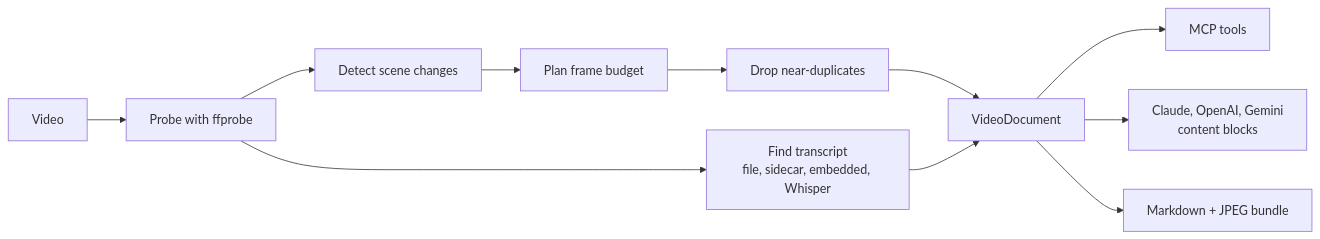
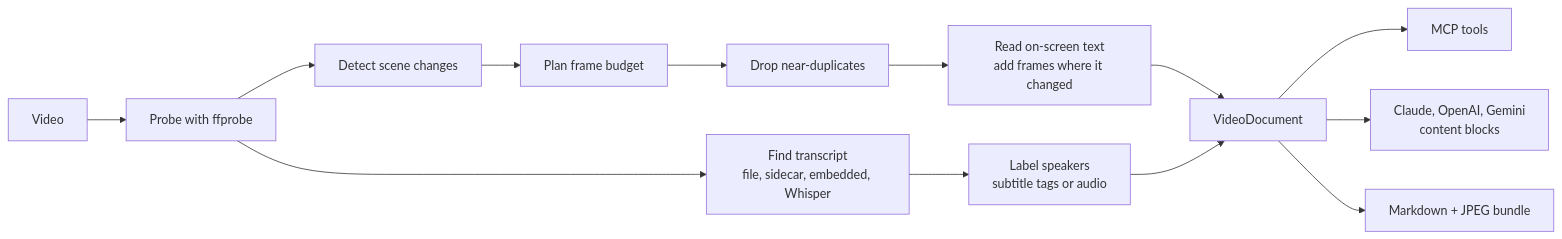
The diagram in README.md (riceelijah/vid-layer), drawn with Mermaid before and after one commit. The commit also changed other lines of this file and 14 other files, not shown here.

````diff
--- a/README.md
+++ b/README.md
@@ -81,13 +91,15 @@
 ```mermaid
 flowchart LR
     V[Video] --> P[Probe with ffprobe]
     P --> S[Detect scene changes]
     S --> B[Plan frame budget]
     B --> D[Drop near-duplicates]
+    D --> O["Read on-screen text<br/>add frames where it changed"]
     P --> T["Find transcript<br/>file, sidecar, embedded, Whisper"]
-    D --> DOC[VideoDocument]
-    T --> DOC
+    T --> W["Label speakers<br/>subtitle tags or audio"]
+    O --> DOC[VideoDocument]
+    W --> DOC
     DOC --> M[MCP tools]
     DOC --> A["Claude, OpenAI, Gemini<br/>content blocks"]
     DOC --> F[Markdown + JPEG bundle]
 ```
````
